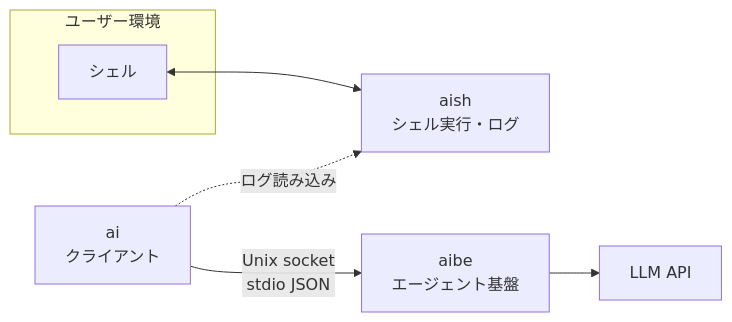
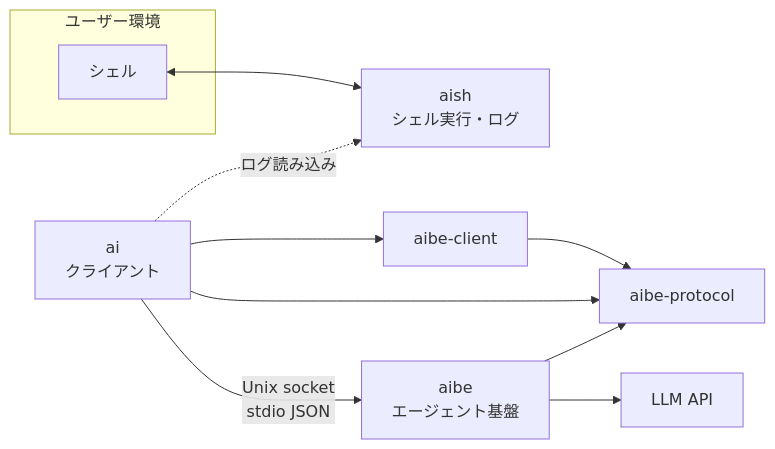
One commit to lambda-code-gk/aish changed the diagram in docs/architecture.md. Above: the diagram before and after it, drawn with Mermaid. The commit also changed other lines of this file and 59 other files, not shown here.

First line of the commit message:
feat: aibe-protocol / aibe-client 分離（0017）

````diff
--- a/docs/architecture.md
+++ b/docs/architecture.md
@@ -7,15 +7,19 @@
 ```mermaid
 flowchart LR
   subgraph userland [ユーザー環境]
     SH[シェル]
   end
   aish[aish\nシェル実行・ログ]
   ai[ai\nクライアント]
   aibe[aibe\nエージェント基盤]
   LLM[LLM API]
 
   SH <--> aish
   ai -->|Unix socket\nstdio JSON| aibe
+  ai --> proto[aibe-protocol]
+  ai --> cl[aibe-client]
   ai -.->|ログ読み込み| aish
   aibe --> LLM
+  aibe --> proto
+  cl --> proto
 ```
````
